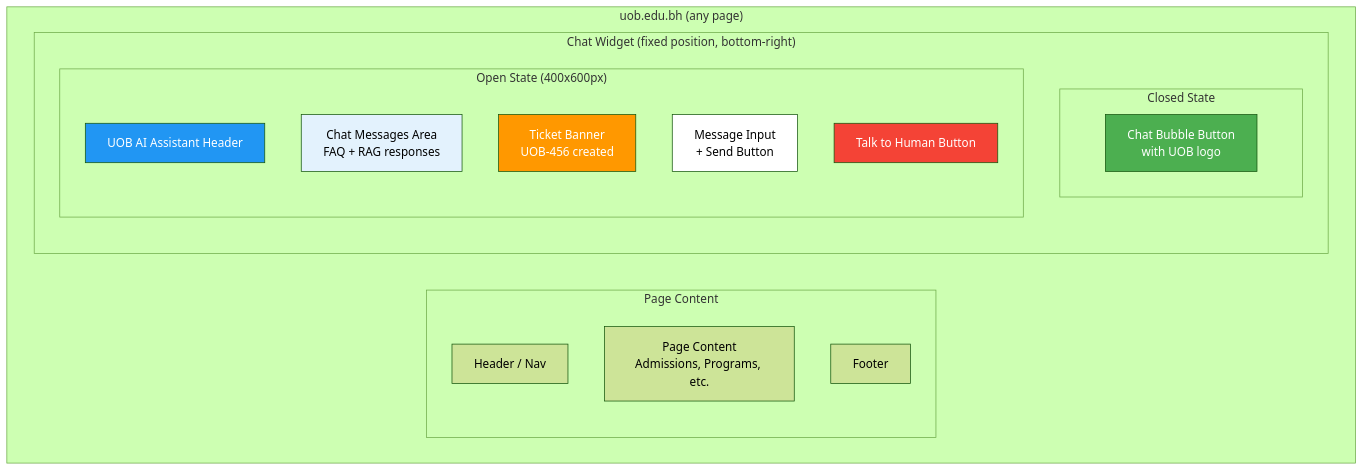
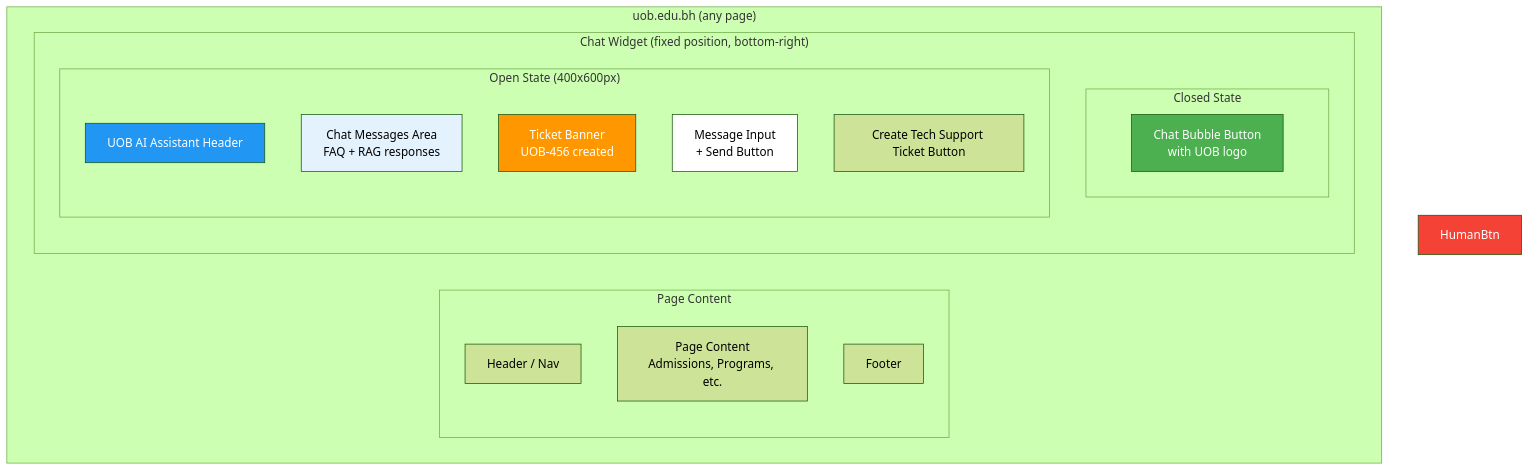
The third of 13 diagrams in ARCHITECTURE.md (xAbdullaShaker/Jira-AI), drawn with Mermaid (forest theme) before and after one commit. The commit also changed 1 other file, not shown here.

Commit message:
Replace 'Talk to Human' with 'Create Tech Support Ticket' button
Students can't talk to a human through the widget — they can only
create a tech support ticket that gets routed to the IT team via Jira.

````diff
--- a/ARCHITECTURE.md
+++ b/ARCHITECTURE.md
@@ -79,31 +79,31 @@
 ```mermaid
 graph TB
     subgraph UOBWebsite["uob.edu.bh (any page)"]
         subgraph PageContent["Page Content"]
             Header[Header / Nav]
             Content[Page Content\nAdmissions, Programs, etc.]
             Footer[Footer]
         end
         
         subgraph ChatWidget["Chat Widget (fixed position, bottom-right)"]
             subgraph Closed["Closed State"]
                 Bubble[Chat Bubble Button\nwith UOB logo]
             end
             
             subgraph Open["Open State (400x600px)"]
                 WidgetHeader[UOB AI Assistant Header]
                 Messages[Chat Messages Area\nFAQ + RAG responses]
                 TicketBanner[Ticket Banner\nUOB-456 created]
                 Input[Message Input\n+ Send Button]
-                HumanBtn[Talk to Human Button]
+                TicketBtn[Create Tech Support Ticket Button]
             end
         end
     end
 
     style Bubble fill:#4CAF50,color:#fff
     style WidgetHeader fill:#2196F3,color:#fff
     style Messages fill:#E3F2FD,color:#000
     style TicketBanner fill:#FF9800,color:#fff
     style Input fill:#fff,color:#000
     style HumanBtn fill:#f44336,color:#fff
 ```
````
